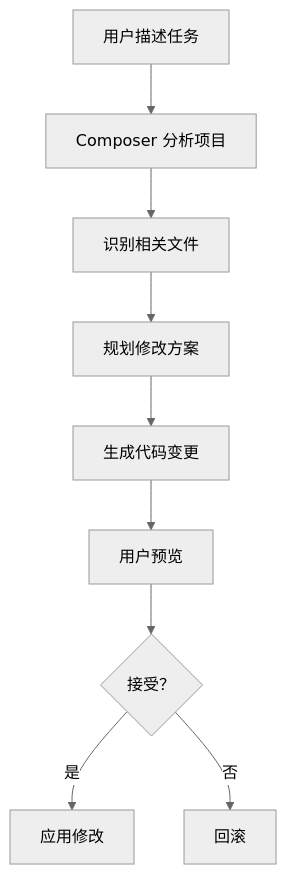
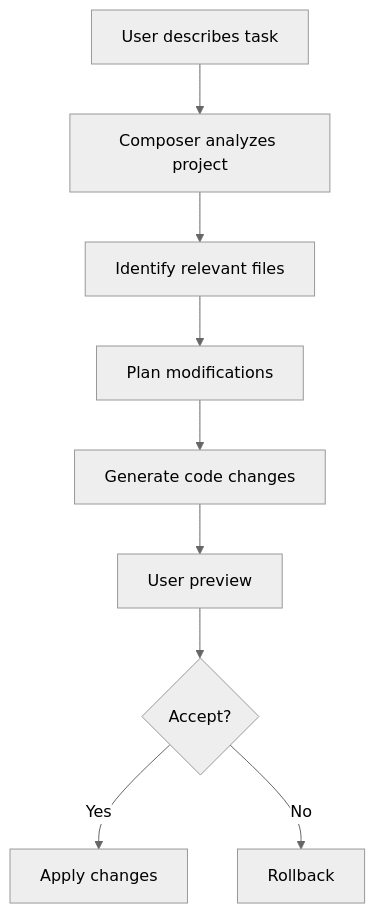
One commit to DDR187/cursor-howto changed the first of 6 diagrams in 05-composer/README.md. Above: the diagram before and after it, drawn with Mermaid (neutral theme). The commit also changed other lines of this file and 22 other files, not shown here.

````diff
--- a/05-composer/README.md
+++ b/05-composer/README.md
@@ -31,11 +31,11 @@
 ```mermaid
 flowchart TB
-    A[用户描述任务] --> B[Composer 分析项目]
-    B --> C[识别相关文件]
-    C --> D[规划修改方案]
-    D --> E[生成代码变更]
-    E --> F[用户预览]
-    F --> G{接受？}
-    G -->|是| H[应用修改]
-    G -->|否| I[回滚]
+    A[User describes task] --> B[Composer analyzes project]
+    B --> C[Identify relevant files]
+    C --> D[Plan modifications]
+    D --> E[Generate code changes]
+    E --> F[User preview]
+    F --> G{Accept?}
+    G -->|Yes| H[Apply changes]
+    G -->|No| I[Rollback]
 ```
````
